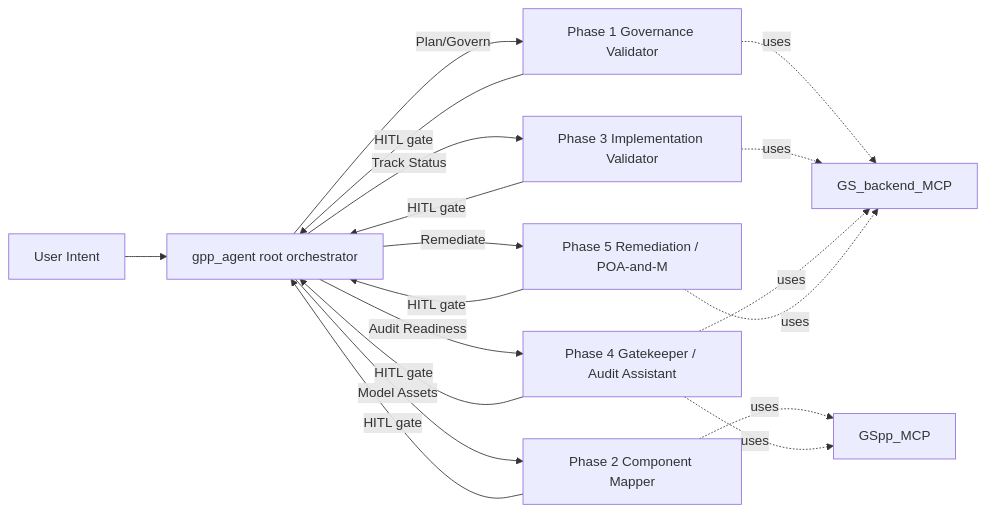
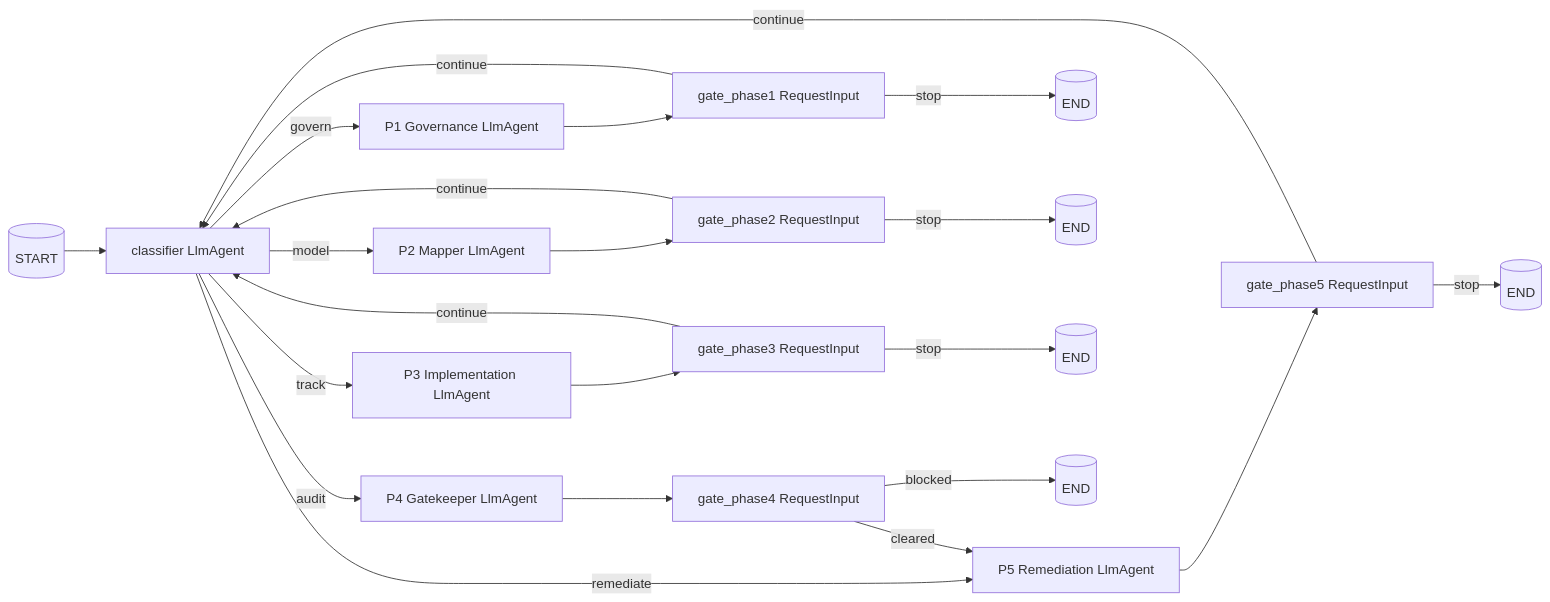
One commit to Christoph-Puppe-Work/GSpp changed the diagram in agentic/gpp-agent/todo.md. Above: the diagram before and after it, drawn with Mermaid. The commit also changed other lines of this file, not shown here.

````diff
--- a/agentic/gpp-agent/todo.md
+++ b/agentic/gpp-agent/todo.md
@@ -30,22 +35,26 @@
 ```mermaid
 flowchart LR
-    User[User Intent] --> Root[gpp_agent root orchestrator]
-    Root -->|Plan/Govern| P1[Phase 1 Governance Validator]
-    Root -->|Model Assets| P2[Phase 2 Component Mapper]
-    Root -->|Track Status| P3[Phase 3 Implementation Validator]
-    Root -->|Audit Readiness| P4[Phase 4 Gatekeeper / Audit Assistant]
-    Root -->|Remediate| P5[Phase 5 Remediation / POA-and-M]
+    START[(START)] --> CLF[classifier LlmAgent]
+    CLF -->|govern| P1[P1 Governance LlmAgent]
+    CLF -->|model| P2[P2 Mapper LlmAgent]
+    CLF -->|track| P3[P3 Implementation LlmAgent]
+    CLF -->|audit| P4[P4 Gatekeeper LlmAgent]
+    CLF -->|remediate| P5[P5 Remediation LlmAgent]
 
-    P1 -- HITL gate --> Root
-    P2 -- HITL gate --> Root
-    P3 -- HITL gate --> Root
-    P4 -- HITL gate --> Root
-    P5 -- HITL gate --> Root
+    P1 --> G1[gate_phase1 RequestInput]
+    P2 --> G2[gate_phase2 RequestInput]
+    P3 --> G3[gate_phase3 RequestInput]
+    P4 --> G4[gate_phase4 RequestInput]
+    P5 --> G5[gate_phase5 RequestInput]
 
-    P1 -.uses.-> BMCP[GS_backend_MCP]
-    P2 -.uses.-> AMCP[GSpp_MCP]
-    P3 -.uses.-> BMCP
-    P4 -.uses.-> AMCP
-    P4 -.uses.-> BMCP
-    P5 -.uses.-> BMCP
+    G1 -->|continue| CLF
+    G1 -->|stop| END1[(END)]
+    G2 -->|continue| CLF
+    G2 -->|stop| END2[(END)]
+    G3 -->|continue| CLF
+    G3 -->|stop| END3[(END)]
+    G4 -->|cleared| P5
+    G4 -->|blocked| END4[(END)]
+    G5 -->|continue| CLF
+    G5 -->|stop| END5[(END)]
 ```
````
